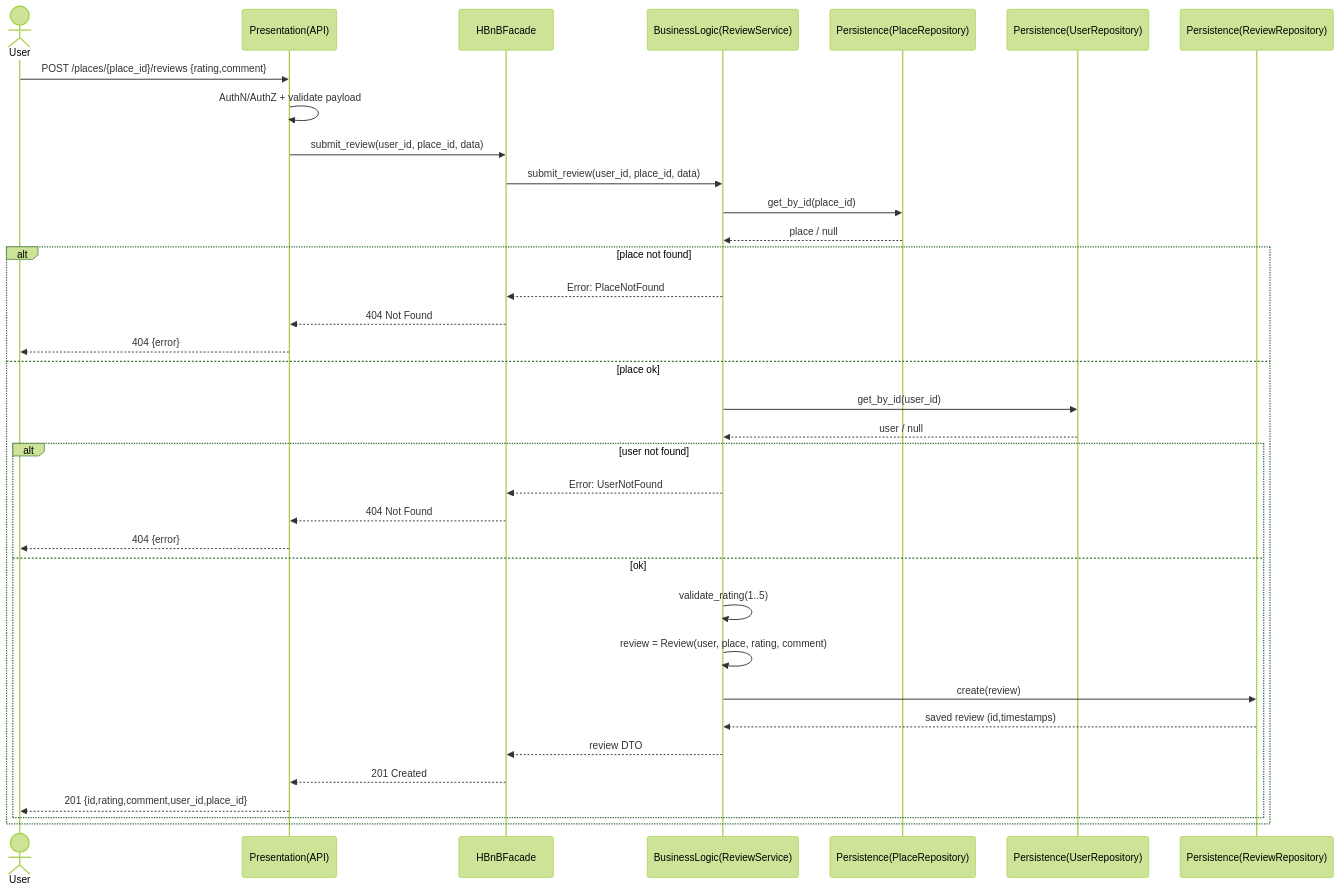
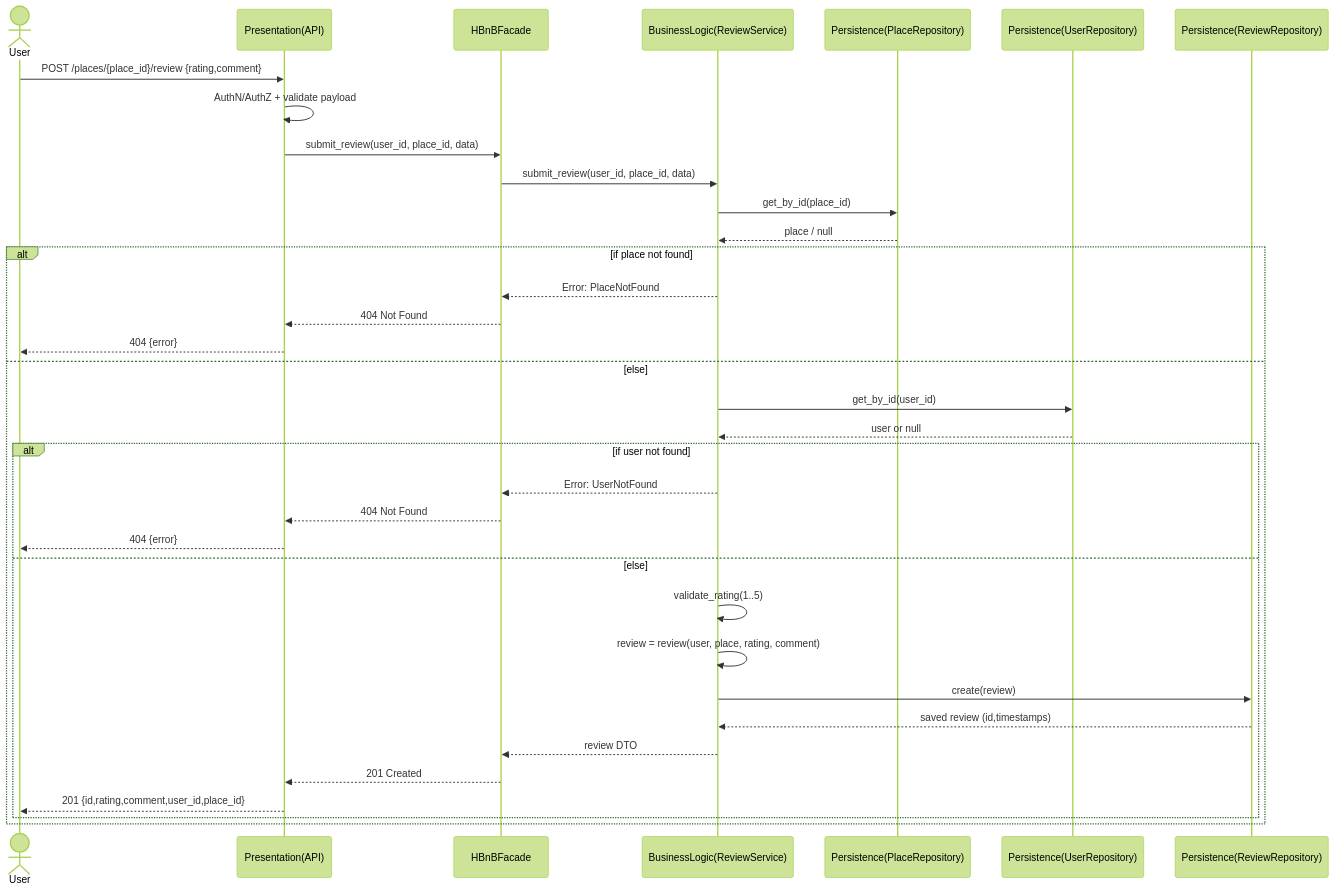
Before and after one commit to Aythann/holbertonschool-hbnb: the diagram in part1/05_sequence_review_submission.mmd, drawn with Mermaid (forest theme).

Commit message:
Update : fix conditions

```diff
--- a/part1/05_sequence_review_submission.mmd
+++ b/part1/05_sequence_review_submission.mmd
@@ -1,42 +1,42 @@
 sequenceDiagram
 actor Client as User
 participant API as Presentation(API)
 participant Facade as HBnBFacade
 participant BLL as BusinessLogic(ReviewService)
 participant PlaceRepo as Persistence(PlaceRepository)
 participant UserRepo as Persistence(UserRepository)
 participant ReviewRepo as Persistence(ReviewRepository)
 
-Client->>API: POST /places/{place_id}/reviews {rating,comment}
+Client->>API: POST /places/{place_id}/review {rating,comment}
 API->>API: AuthN/AuthZ + validate payload
 API->>Facade: submit_review(user_id, place_id, data)
 
 Facade->>BLL: submit_review(user_id, place_id, data)
 
 BLL->>PlaceRepo: get_by_id(place_id)
 PlaceRepo-->>BLL: place / null
 
-alt place not found
+alt if place not found
   BLL-->>Facade: Error: PlaceNotFound
   Facade-->>API: 404 Not Found
   API-->>Client: 404 {error}
-else place ok
+else else
   BLL->>UserRepo: get_by_id(user_id)
-  UserRepo-->>BLL: user / null
+  UserRepo-->>BLL: user or null
 
-  alt user not found
+  alt if user not found
     BLL-->>Facade: Error: UserNotFound
     Facade-->>API: 404 Not Found
     API-->>Client: 404 {error}
-  else ok
+  else else
     BLL->>BLL: validate_rating(1..5)
-    BLL->>BLL: review = Review(user, place, rating, comment)
+    BLL->>BLL: review = review(user, place, rating, comment)
 
     BLL->>ReviewRepo: create(review)
     ReviewRepo-->>BLL: saved review (id,timestamps)
 
     BLL-->>Facade: review DTO
     Facade-->>API: 201 Created
     API-->>Client: 201 {id,rating,comment,user_id,place_id}
   end
 end
```
